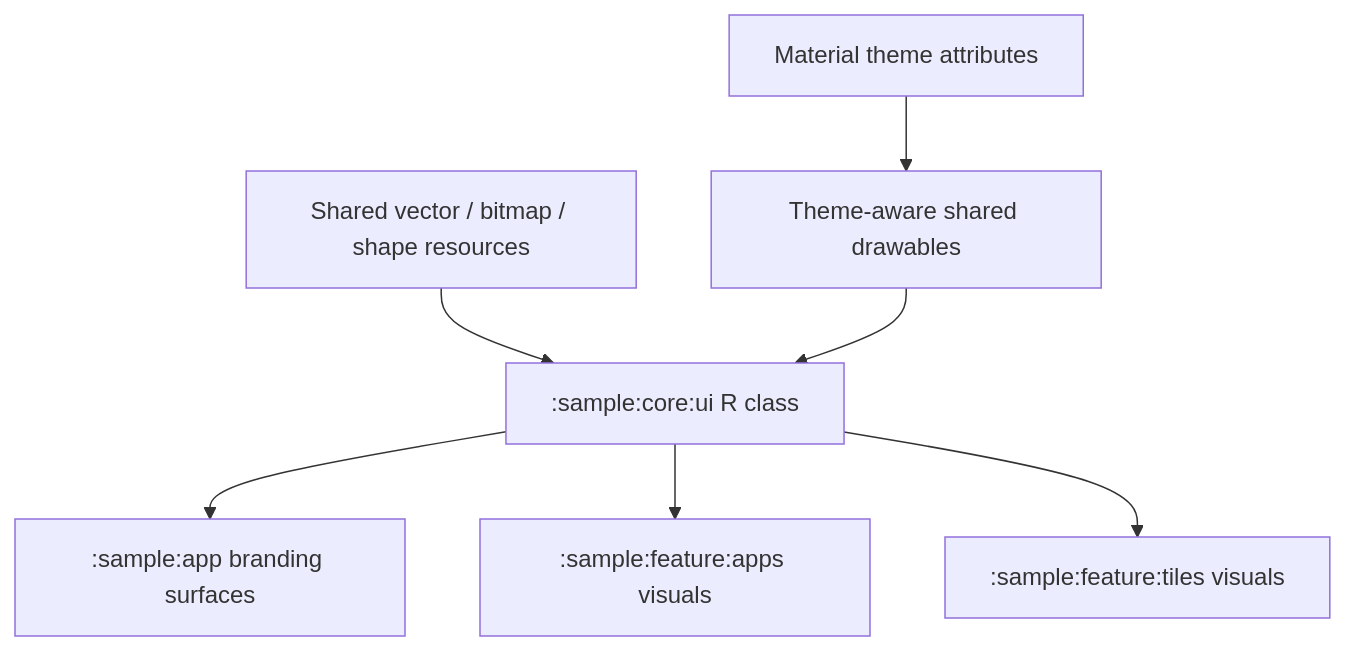
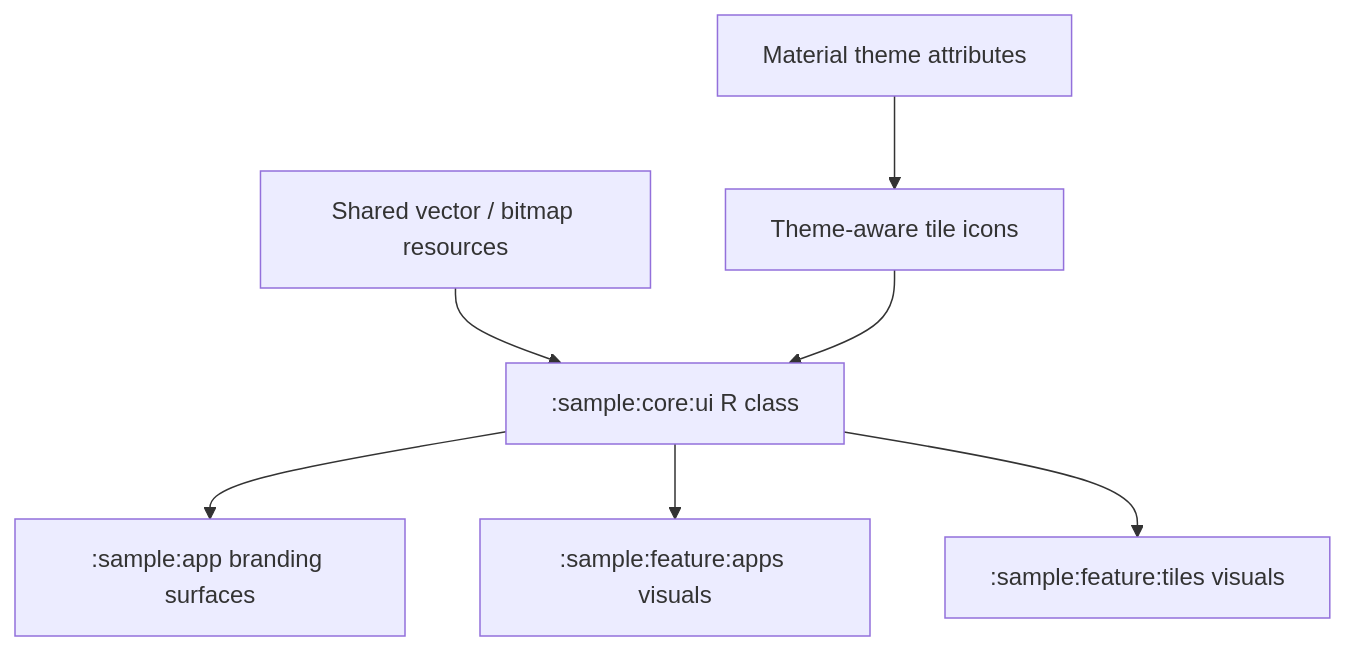
Before and after one commit to MihaiCristianCondrea/App-Toolkit-for-Android: the diagram in sample/core/ui/README.md, drawn with Mermaid. The commit also changed other lines of this file and 37 other files, not shown here.

First line of the commit message:
feat(core:ui): expressive button measurements, MaterialShapes, and FIXME cleanup

````diff
--- a/sample/core/ui/README.md
+++ b/sample/core/ui/README.md
@@ -34,9 +34,9 @@
 ```mermaid
 flowchart TD
-    Sources[Shared vector / bitmap / shape resources] --> Resource[":sample:core:ui R class"]
+    Sources[Shared vector / bitmap resources] --> Resource[":sample:core:ui R class"]
     Resource --> App[":sample:app branding surfaces"]
     Resource --> Apps[":sample:feature:apps visuals"]
     Resource --> Tiles[":sample:feature:tiles visuals"]
-    ThemeAttrs[Material theme attributes] --> Shapes[Theme-aware shared drawables]
-    Shapes --> Resource
+    ThemeAttrs[Material theme attributes] --> Icons[Theme-aware tile icons]
+    Icons --> Resource
 ```
````
